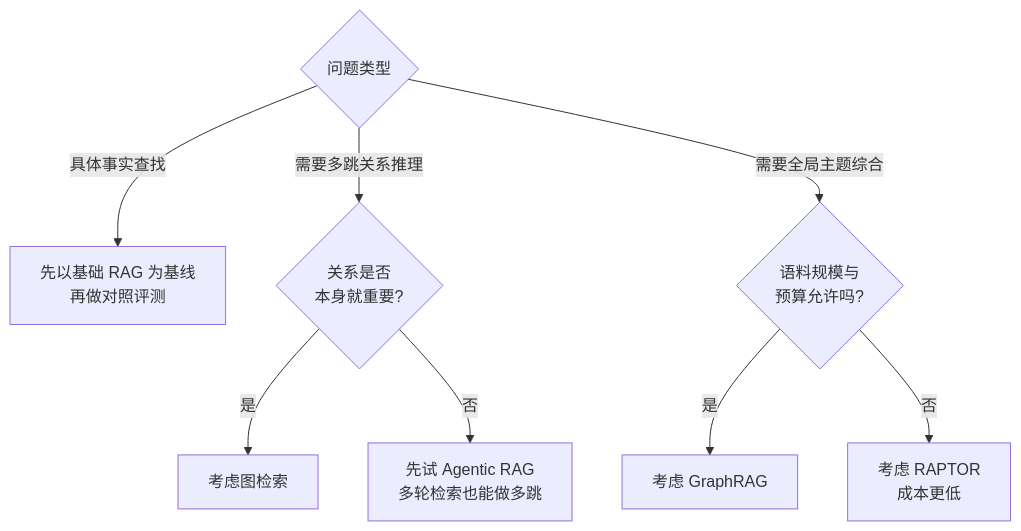
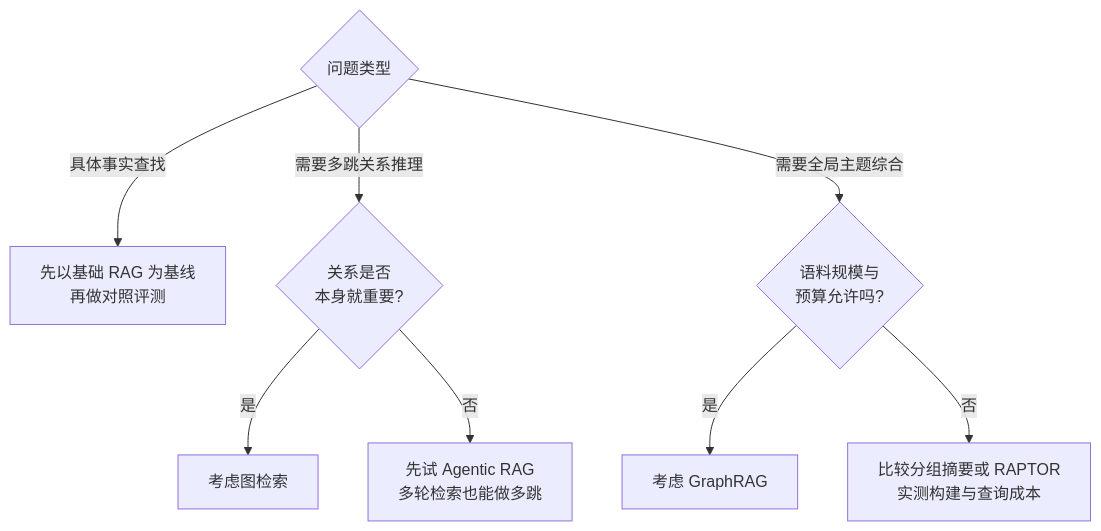
The third of 3 diagrams in docs/rag/04-advanced/16-graphrag.md (oneleaveknowsthefall/awesome-ai-roadmap), drawn with Mermaid before and after one commit. The commit also changed other lines of this file and 61 other files, not shown here.

````diff
--- a/docs/rag/04-advanced/16-graphrag.md
+++ b/docs/rag/04-advanced/16-graphrag.md
@@ -118,10 +126,10 @@
 ```mermaid
 flowchart TB
     S{问题类型} -->|具体事实查找| NO[先以基础 RAG 为基线<br/>再做对照评测]
     S -->|需要多跳关系推理| M{关系是否<br/>本身就重要?}
     S -->|需要全局主题综合| G{语料规模与<br/>预算允许吗?}
     M -->|是| YES1[考虑图检索]
     M -->|否| ALT[先试 Agentic RAG<br/>多轮检索也能做多跳]
     G -->|是| YES2[考虑 GraphRAG]
-    G -->|否| ALT2[考虑 RAPTOR<br/>成本更低]
+    G -->|否| ALT2[比较分组摘要或 RAPTOR<br/>实测构建与查询成本]
 ```
````
